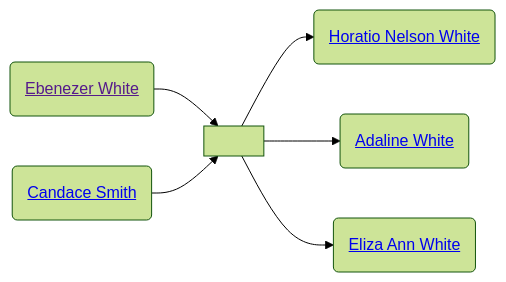
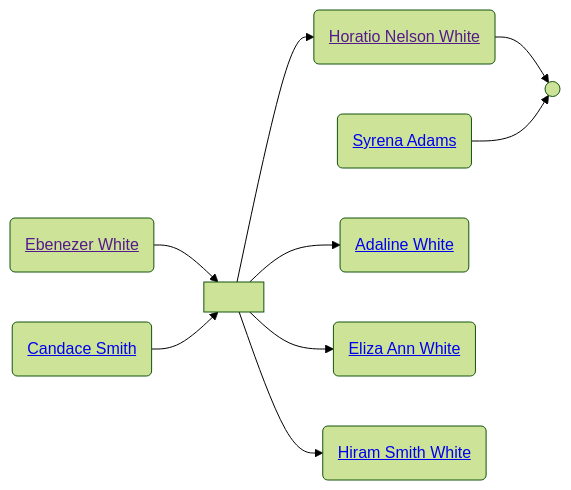
The second of 2 diagrams in familyhistory/sources/people/Merrill-line/White-line/Ebenezer_White.qmd (neelsmith/avocational), drawn with Mermaid (forest theme) before and after one commit. The commit also changed other lines of this file and 77 other files, not shown here.

````diff
--- a/familyhistory/sources/people/Merrill-line/White-line/Ebenezer_White.qmd
+++ b/familyhistory/sources/people/Merrill-line/White-line/Ebenezer_White.qmd
@@ -46,13 +48,17 @@
 ```{mermaid}
 graph LR
 class Ebenezer_White_and_Candace_Smith marriage
 Ebenezer_White(<a href=''>Ebenezer White</>) --> Ebenezer_White_and_Candace_Smith[ ]
 Candace_Smith(<a href='./Candace-Smith-line/Candace_Smith.html'>Candace Smith</>) --> Ebenezer_White_and_Candace_Smith(( ))
 Ebenezer_White_and_Candace_Smith[ ] --> Horatio_Nelson_White(<a href='./Horatio_Nelson_White.html'>Horatio Nelson White</>)
+class Horatio_Nelson_White_and_Syrena_Adams marriage
+Horatio_Nelson_White(<a href=''>Horatio Nelson White</>) --> Horatio_Nelson_White_and_Syrena_Adams[ ]
+Syrena_Adams(<a href='./Syrena_Adams.html'>Syrena Adams</>) --> Horatio_Nelson_White_and_Syrena_Adams(( ))
 Ebenezer_White_and_Candace_Smith[ ] --> Adaline_White(<a href='./Adaline_White.html'>Adaline White</>)
 Ebenezer_White_and_Candace_Smith[ ] --> Eliza_Ann_White(<a href='./Eliza_Ann_White.html'>Eliza Ann White</>)
+Ebenezer_White_and_Candace_Smith[ ] --> Hiram_Smith_White(<a href='./Hiram_Smith_White.html'>Hiram Smith White</>)
 classDef mother fill:#ffd1dc
 classDef father fill:#daf0f7  
 classDef marriage fill:#ffffff
 
 ```
````
